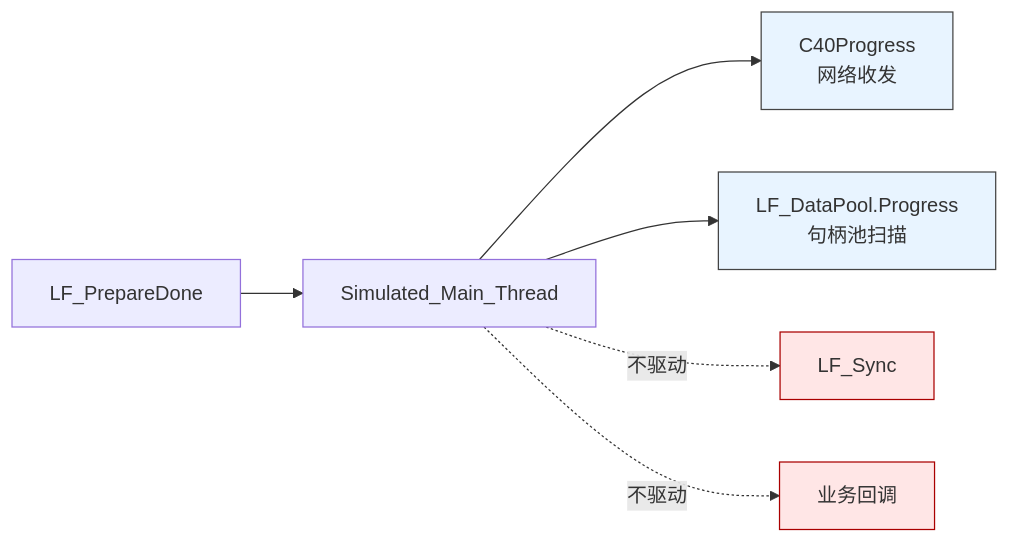
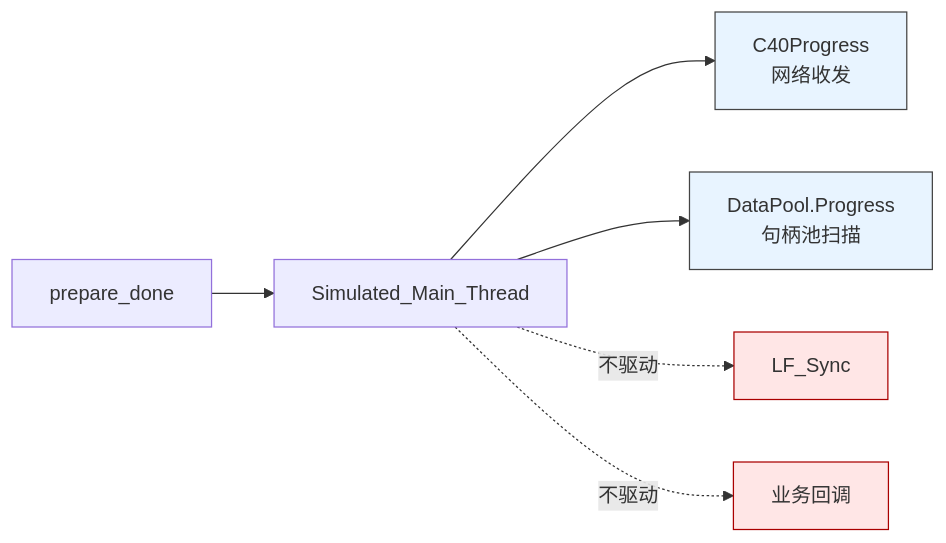
Before and after one commit to PassByYou888/LingoFuse: the first of 4 diagrams in doc/LF_Simulated_Main_Thread.md, drawn with Mermaid. The commit also changed other lines of this file, not shown here.

````diff
--- a/doc/LF_Simulated_Main_Thread.md
+++ b/doc/LF_Simulated_Main_Thread.md
@@ -13,13 +13,13 @@
 ```mermaid
 flowchart LR
-    A["LF_PrepareDone"] --> B["Simulated_Main_Thread"]
+    A["prepare_done"] --> B["Simulated_Main_Thread"]
     B --> C["C40Progress<br/>网络收发"]
-    B --> D["LF_DataPool.Progress<br/>句柄池扫描"]
+    B --> D["DataPool.Progress<br/>句柄池扫描"]
     B -. "不驱动" .-> E["LF_Sync"]
     B -. "不驱动" .-> F["业务回调"]
 
     style C fill:#e8f4ff,stroke:#444
     style D fill:#e8f4ff,stroke:#444
     style E fill:#ffe6e6,stroke:#a00
     style F fill:#ffe6e6,stroke:#a00
 ```
````
